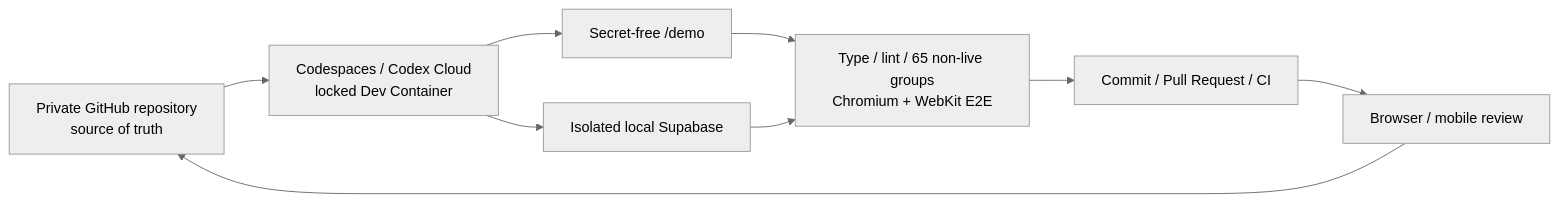
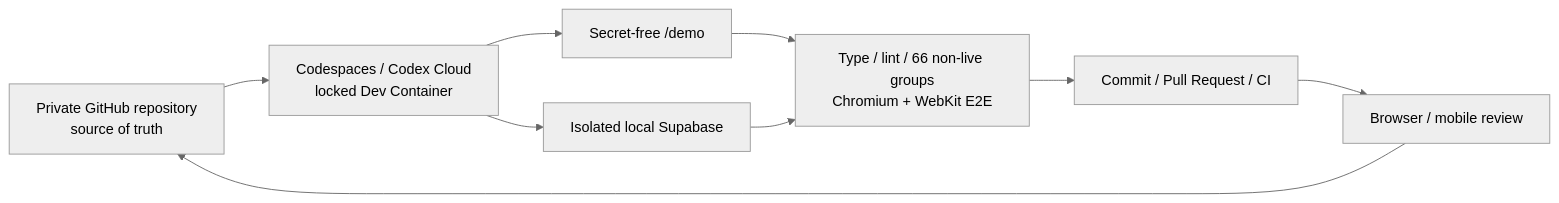
The first of 2 diagrams in README.md (genellect/compass-interactive), drawn with Mermaid (neutral theme) before and after one commit. The commit also changed other lines of this file and 17 other files, not shown here.

````diff
--- a/README.md
+++ b/README.md
@@ -109,11 +109,11 @@
 ```mermaid
 flowchart LR
     GitHub["Private GitHub repository\nsource of truth"] --> Workspace["Codespaces / Codex Cloud\nlocked Dev Container"]
     Workspace --> Demo["Secret-free /demo"]
     Workspace --> Local["Isolated local Supabase"]
-    Demo --> Gate["Type / lint / 65 non-live groups\nChromium + WebKit E2E"]
+    Demo --> Gate["Type / lint / 66 non-live groups\nChromium + WebKit E2E"]
     Local --> Gate
     Gate --> PR["Commit / Pull Request / CI"]
     PR --> Review["Browser / mobile review"]
     Review --> GitHub
 ```
````
